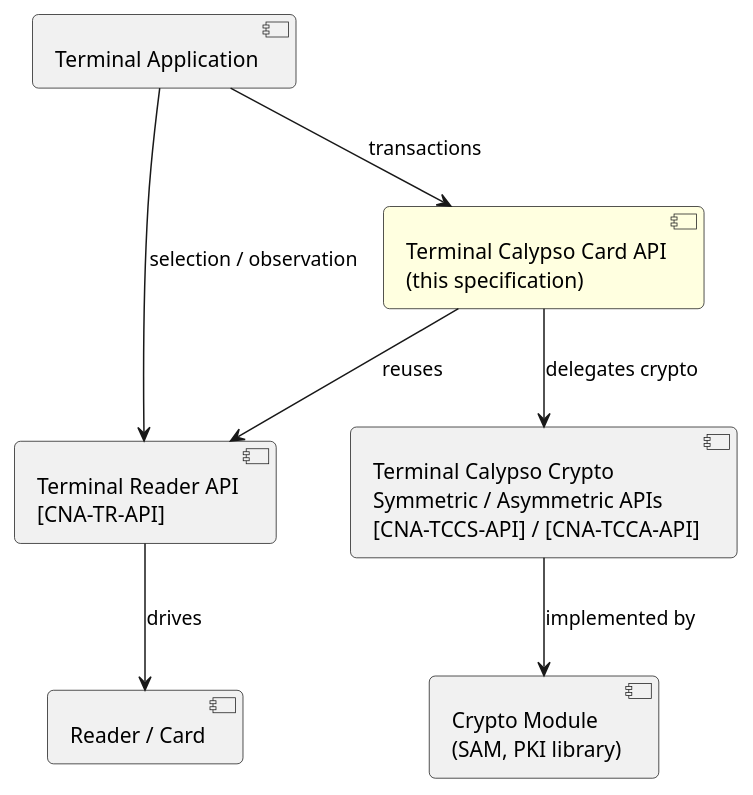
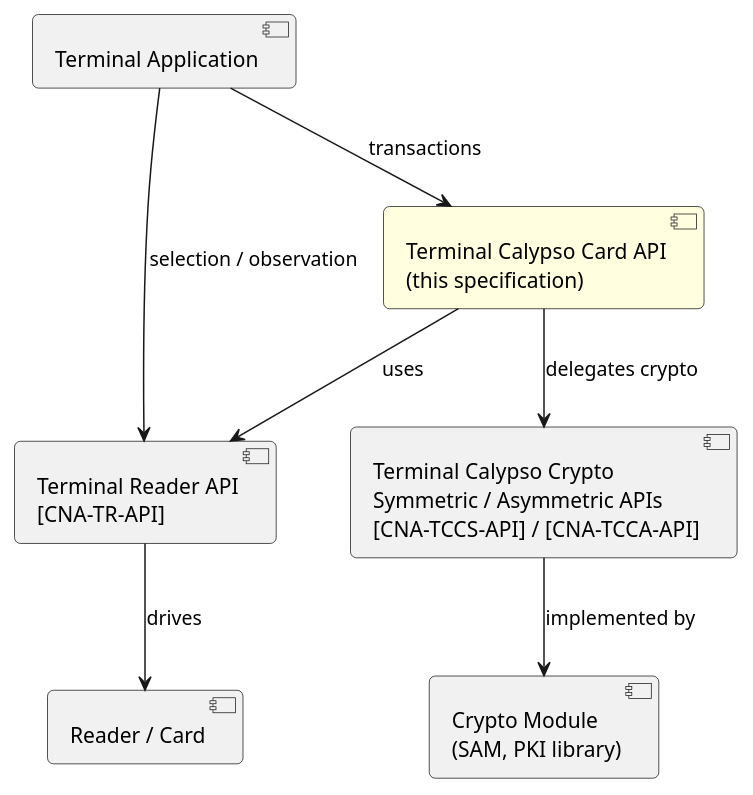
The first of 2 diagrams in api_specification.adoc (calypsonet/calypsonet-terminal-calypso-card-uml-api), drawn with PlantUML before and after one commit. The commit also changed other lines of this file, not shown here.

```diff
--- a/api_specification.adoc
+++ b/api_specification.adoc
@@ -281,21 +281,21 @@
 [plantuml,target=architecture-overview,format=svg]
 ....
 @startuml
 skinparam shadowing false
 skinparam roundCorner 8
 
 component "Terminal Application" as App
 component "Terminal Reader API\n[CNA-TR-API]" as TR
 component "Terminal Calypso Card API\n(this specification)" as TCC #LightYellow
 component "Terminal Calypso Crypto\nSymmetric / Asymmetric APIs\n[CNA-TCCS-API] / [CNA-TCCA-API]" as TCCx
 component "Crypto Module\n(SAM, PKI library)" as Mod
 component "Reader / Card" as RC
 
 App  --> TR  : selection / observation
 App  --> TCC : transactions
 TCC  --> TCCx: delegates crypto
-TCC  --> TR  : reuses
+TCC  --> TR  : uses
 TCCx --> Mod : implemented by
 TR   --> RC  : drives
 @enduml
 ....
```
